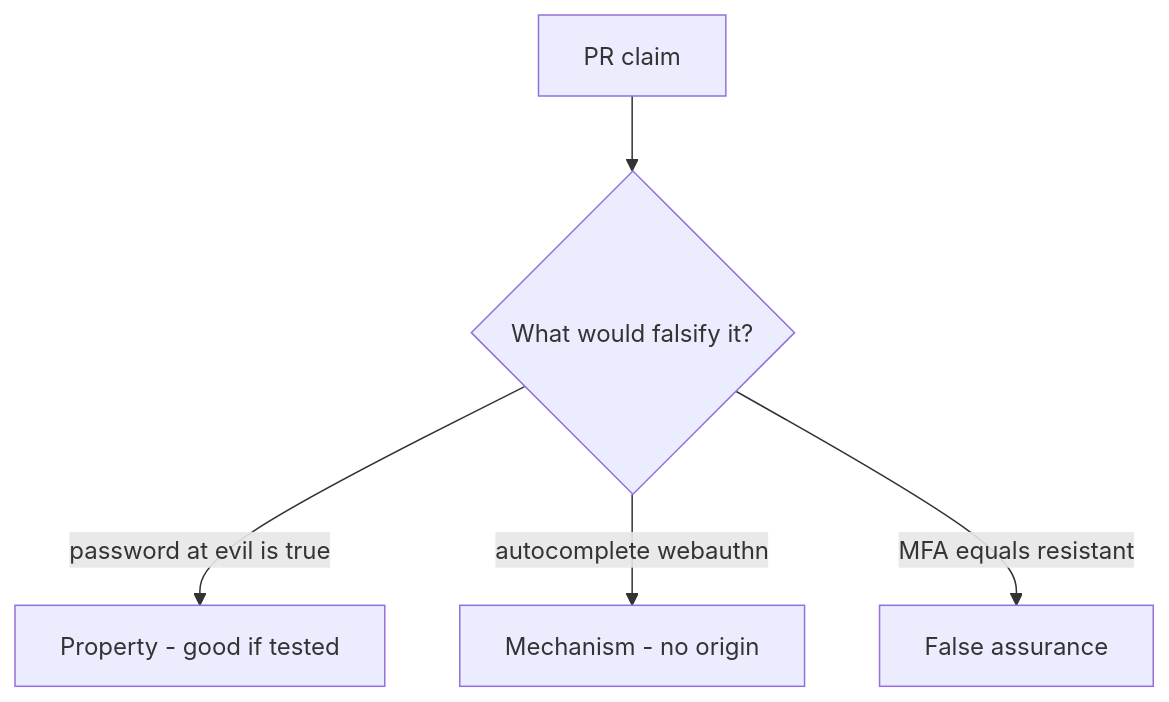
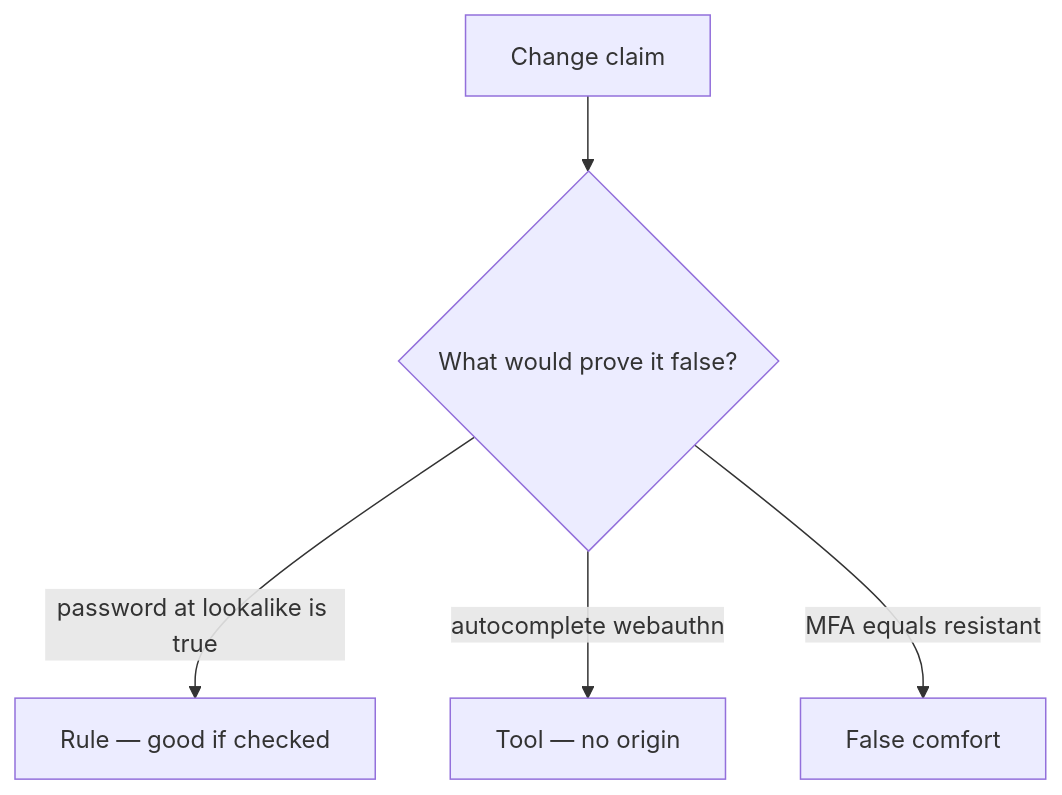
One commit to ishitvagoel/LearnSecurity changed the diagram in content/modules/4/4.2/lessons/08-review.md. Above: the diagram before and after it, drawn with Mermaid. The commit also changed other lines of this file and 39 other files, not shown here.

````diff
--- a/content/modules/4/4.2/lessons/08-review.md
+++ b/content/modules/4/4.2/lessons/08-review.md
@@ -17,7 +18,7 @@
 ```mermaid
 flowchart TD
-  Claim[PR claim] --> Q{"What would falsify it?"}
-  Q -->|"password at evil is true"| Property["Property - good if tested"]
-  Q -->|"autocomplete webauthn"| Mechanism[Mechanism - no origin]
-  Q -->|"MFA equals resistant"| False[False assurance]
+  Claim[Change claim] --> Q{"What would prove it false?"}
+  Q -->|"password at lookalike is true"| Property["Rule — good if checked"]
+  Q -->|"autocomplete webauthn"| Mechanism[Tool — no origin]
+  Q -->|"MFA equals resistant"| False[False comfort]
 ```
````
